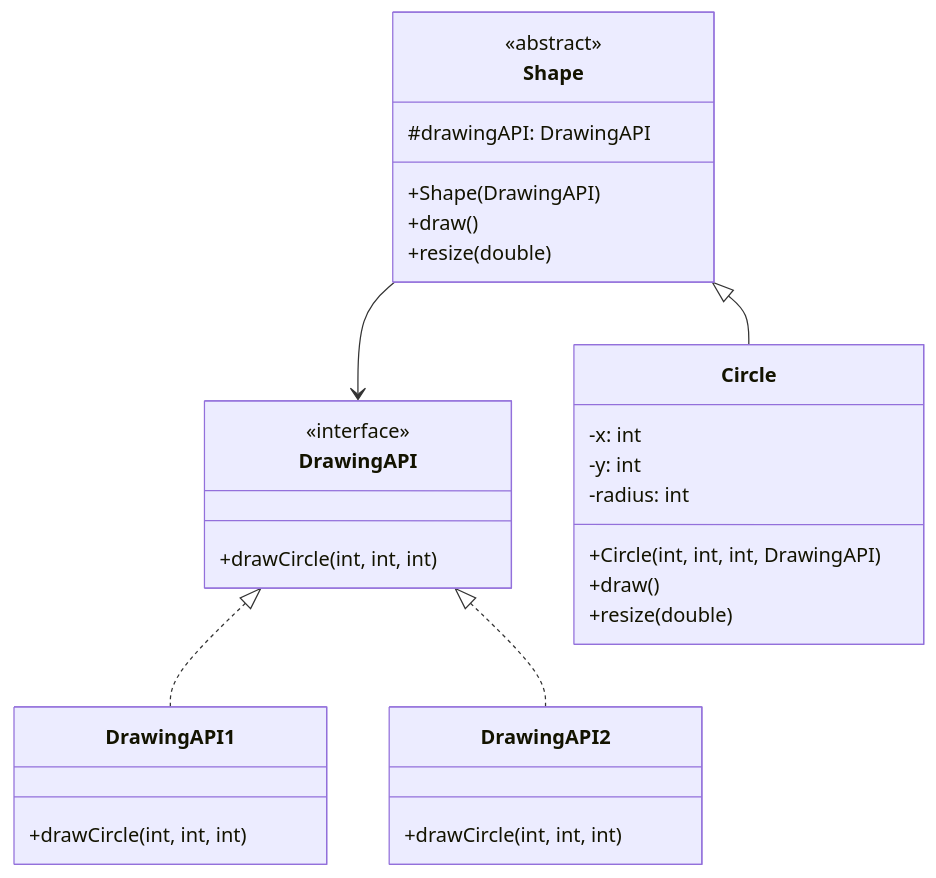
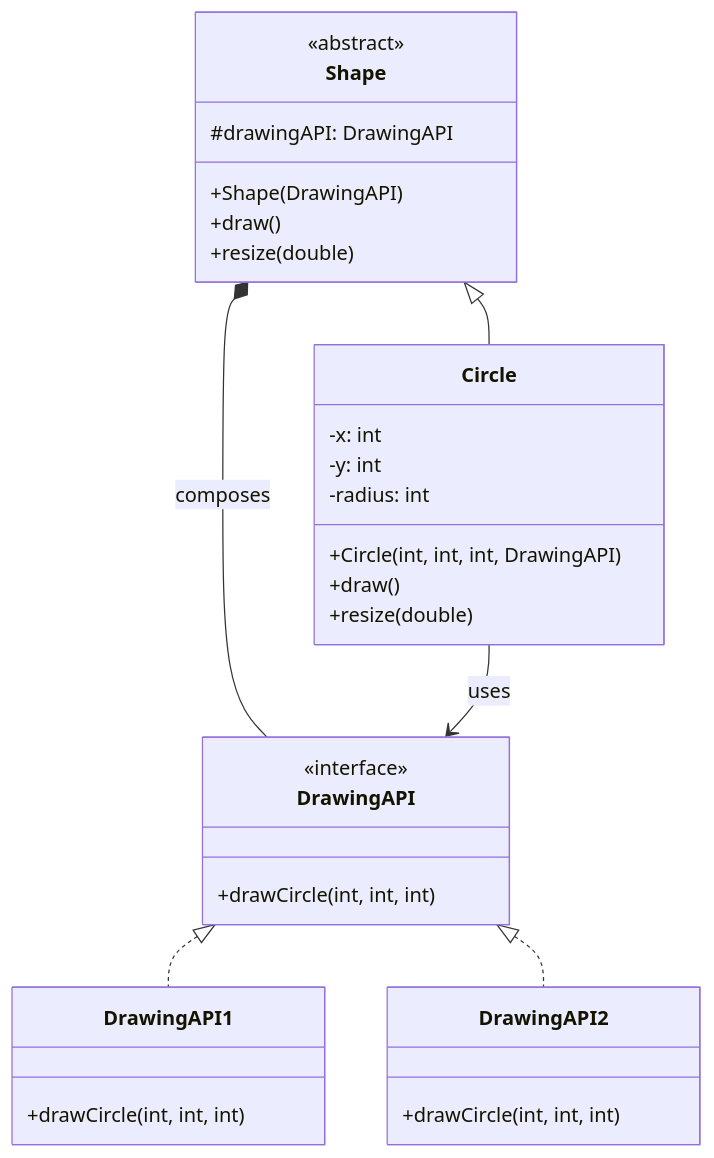
Before and after one commit to welldesignedsystem/welldesignedsystem.github.io: the seventh of 23 diagrams in content/english/blog/system_design/core_design_patterns.md, drawn with Mermaid. The commit also changed other lines of this file and 1 other file, not shown here.

````diff
--- a/content/english/blog/system_design/core_design_patterns.md
+++ b/content/english/blog/system_design/core_design_patterns.md
@@ -533,32 +543,33 @@
 ```mermaid
 classDiagram
     class DrawingAPI {
         <<interface>>
         +drawCircle(int, int, int)
     }
     class DrawingAPI1 {
         +drawCircle(int, int, int)
     }
     class DrawingAPI2 {
         +drawCircle(int, int, int)
     }
     class Shape {
         <<abstract>>
         #drawingAPI: DrawingAPI
         +Shape(DrawingAPI)
         +draw()
         +resize(double)
     }
     class Circle {
         -x: int
         -y: int
         -radius: int
         +Circle(int, int, int, DrawingAPI)
         +draw()
         +resize(double)
     }
     DrawingAPI <|.. DrawingAPI1
     DrawingAPI <|.. DrawingAPI2
     Shape <|-- Circle
-    Shape --> DrawingAPI
+    Shape *-- DrawingAPI : composes
+    Circle --> DrawingAPI : uses
 ```
````
